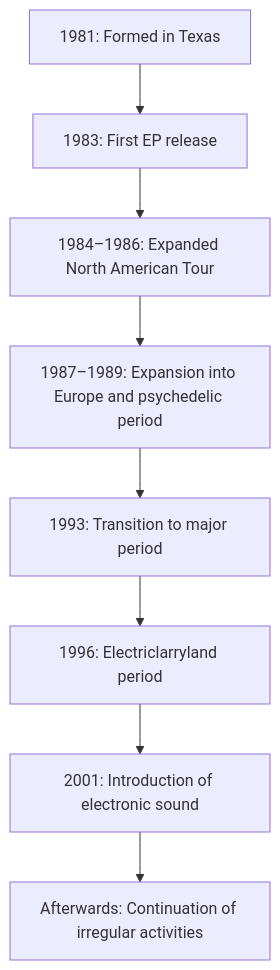
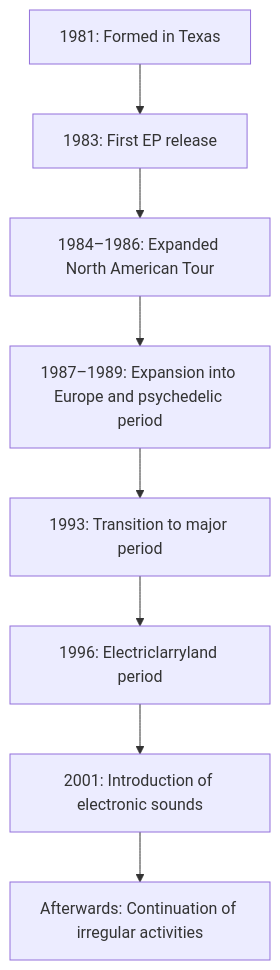
Diagram 18 of 18 in en/_posts/2025-11-22-column-butthole-surfers.md (monumental-movement/monumental-movement.github.io), drawn with Mermaid before and after one commit. The commit also changed other lines of this file and 399 other files, not shown here.

```diff
--- a/en/_posts/2025-11-22-column-butthole-surfers.md
+++ b/en/_posts/2025-11-22-column-butthole-surfers.md
@@ -427,10 +427,10 @@
 <div class="mermaid">
 flowchart TD
     A["1981: Formed in Texas"] --> B["1983: First EP release"]
     B --> C["1984–1986: Expanded North American Tour"]
     C --> D["1987–1989: Expansion into Europe and psychedelic period"]
     D --> E["1993: Transition to major period"]
     E --> F["1996: Electriclarryland period"]
-    F --> G["2001: Introduction of electronic sound"]
+    F --> G["2001: Introduction of electronic sounds"]
     G --> H["Afterwards: Continuation of irregular activities"]
 </div>
```
